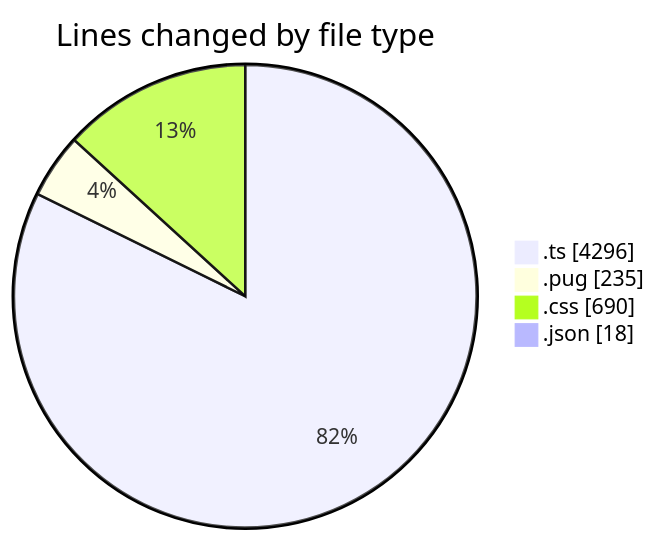
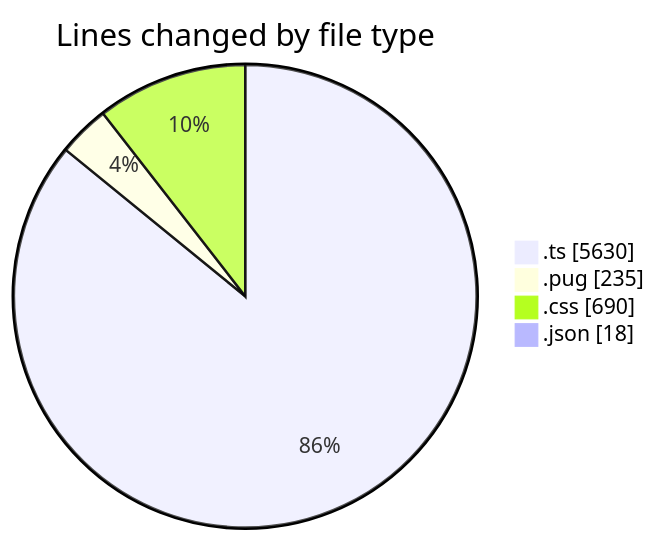
Before and after one commit to momahboobian/code-tracking: the first of 2 diagrams in 2025-10-31/cda/README.md, drawn with Mermaid. The commit also changed other lines of this file and 1 other file, not shown here.

````diff
--- a/2025-10-31/cda/README.md
+++ b/2025-10-31/cda/README.md
@@ -28,8 +31,8 @@
 ```mermaid
 pie showData
 title Lines changed by file type
-".ts" : 4296
+".ts" : 5630
 ".pug" : 235
 ".css" : 690
 ".json" : 18
 ```
````
